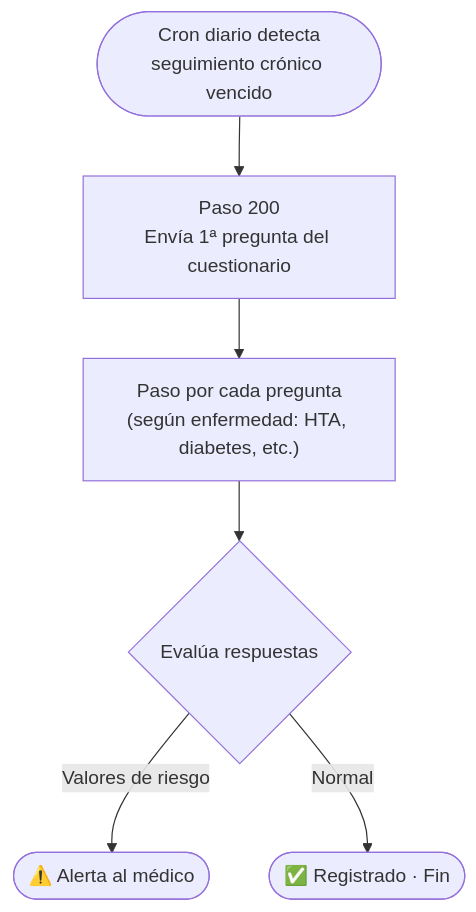
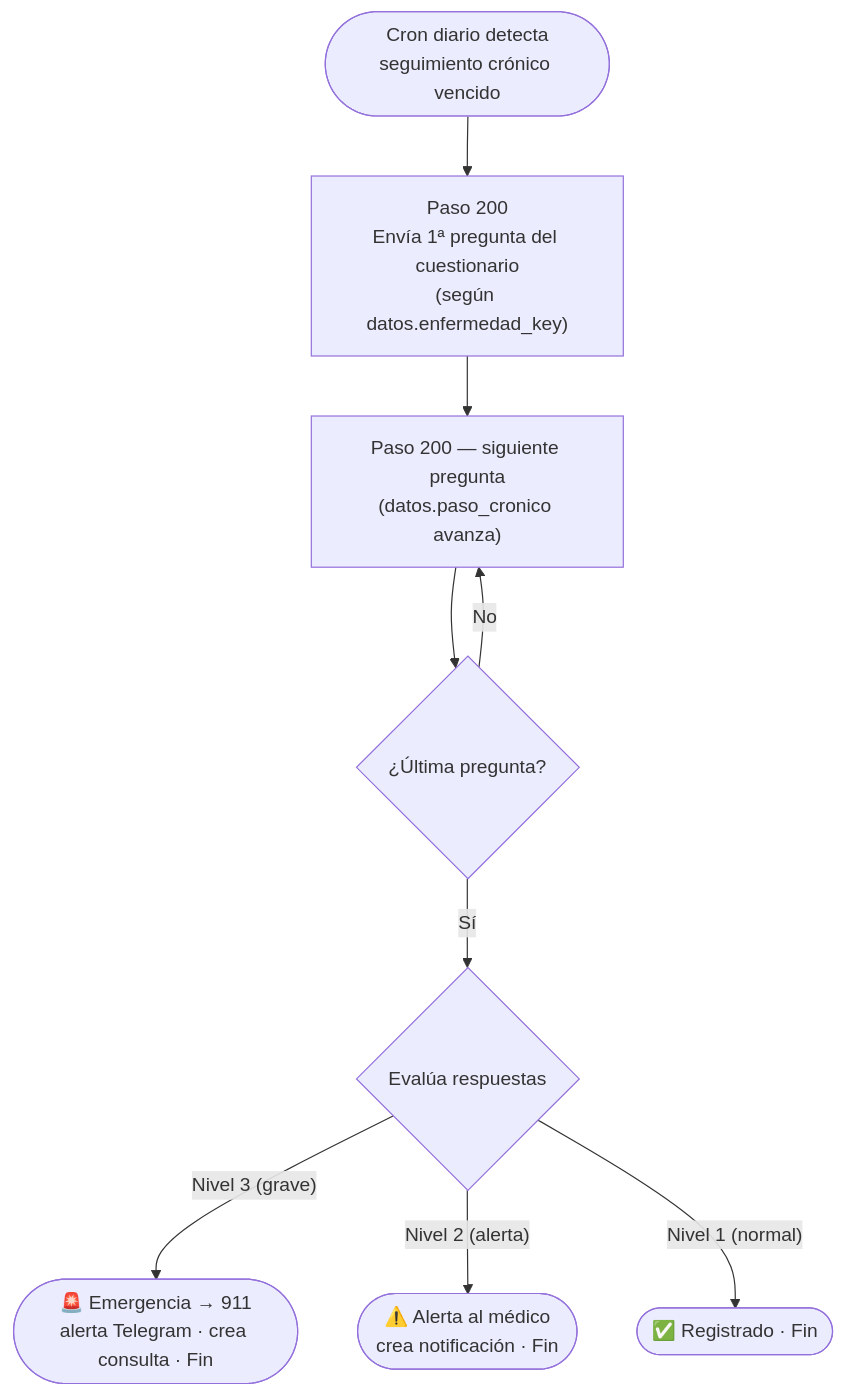
One commit to teledox/teledox changed the fifth of 10 diagrams in docs/flujos-bot.md. Above: the diagram before and after it, drawn with Mermaid. The commit also changed other lines of this file and 9 other files, not shown here.

````diff
--- a/docs/flujos-bot.md
+++ b/docs/flujos-bot.md
@@ -172,8 +185,11 @@
 ```mermaid
 flowchart TD
-  CRON([Cron diario detecta\nseguimiento crónico vencido]) --> P200["Paso 200\nEnvía 1ª pregunta del cuestionario"]
-  P200 --> LOOP["Paso por cada pregunta\n(según enfermedad: HTA, diabetes, etc.)"]
-  LOOP --> EVAL{"Evalúa respuestas"}
-  EVAL -->|"Valores de riesgo"| ALERTA([⚠️ Alerta al médico])
-  EVAL -->|"Normal"| OKc([✅ Registrado · Fin])
+  CRON([Cron diario detecta\nseguimiento crónico vencido]) --> P200["Paso 200\nEnvía 1ª pregunta del cuestionario\n(según datos.enfermedad_key)"]
+  P200 --> LOOP["Paso 200 — siguiente pregunta\n(datos.paso_cronico avanza)"]
+  LOOP --> EVAL{"¿Última pregunta?"}
+  EVAL -->|"No"| LOOP
+  EVAL -->|"Sí"| RESULT{"Evalúa respuestas"}
+  RESULT -->|"Nivel 3 (grave)"| ALERTA3([🚨 Emergencia → 911\nalerta Telegram · crea consulta · Fin])
+  RESULT -->|"Nivel 2 (alerta)"| ALERTA2([⚠️ Alerta al médico\ncrea notificación · Fin])
+  RESULT -->|"Nivel 1 (normal)"| OKc([✅ Registrado · Fin])
 ```
````
